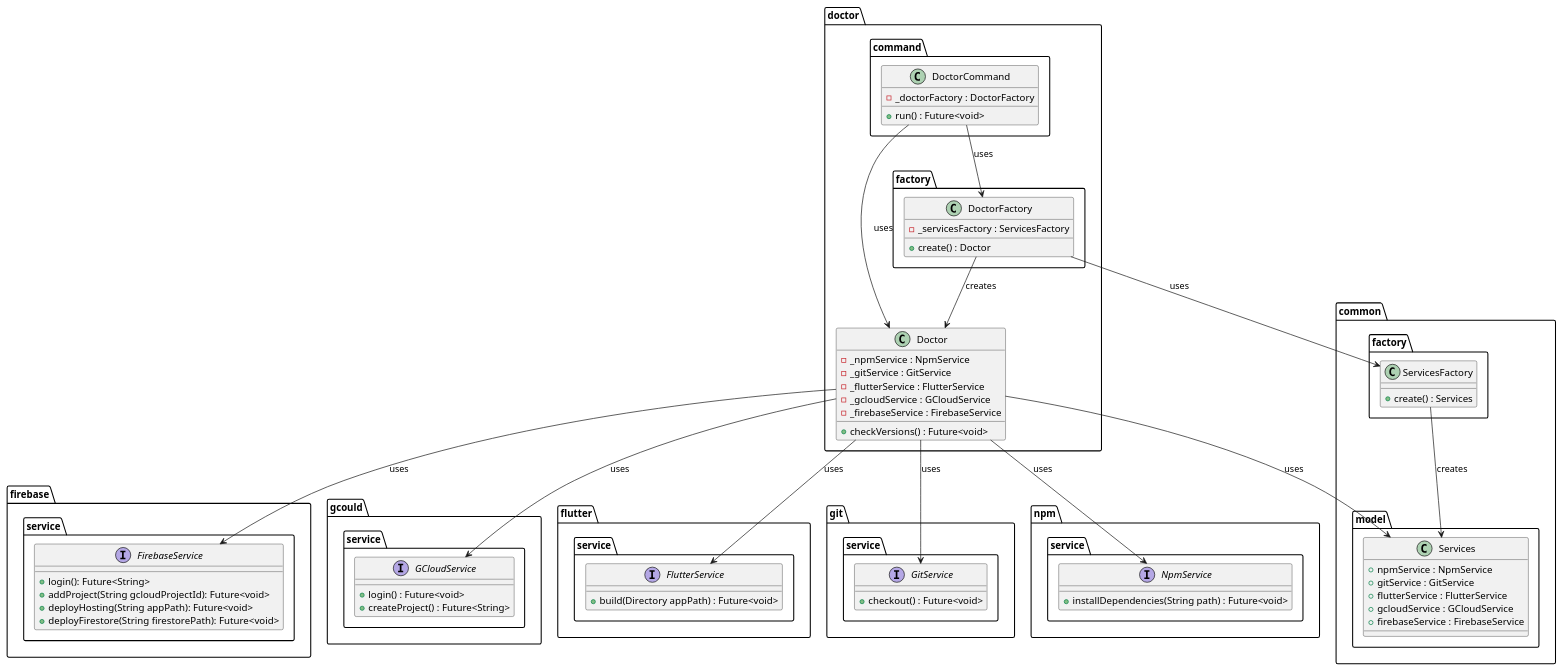
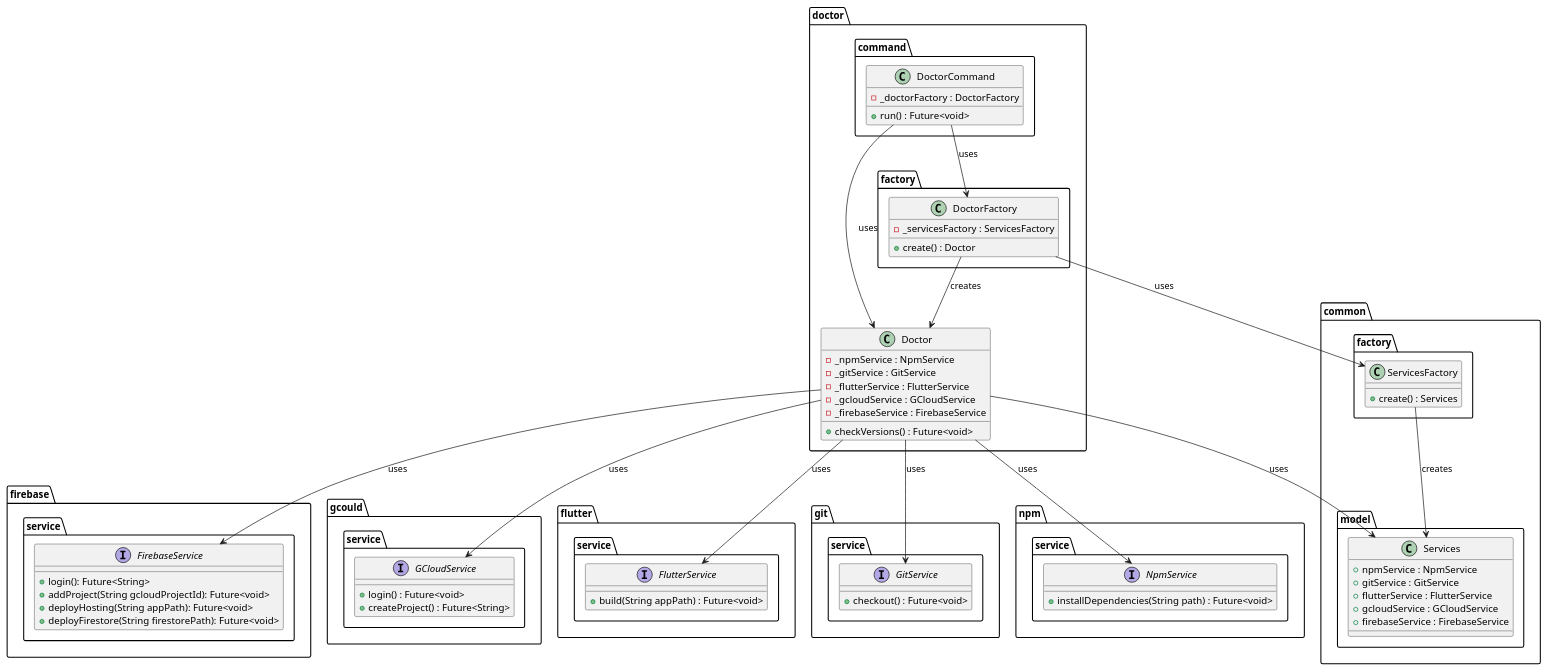
One commit to Flank/flank-dashboard changed the diagram in metrics/cli/docs/diagrams/doctor_command_class_diagram.puml. Above: the diagram before and after it, drawn with PlantUML. The commit also changed 7 other files, not shown here.

```diff
--- a/metrics/cli/docs/diagrams/doctor_command_class_diagram.puml
+++ b/metrics/cli/docs/diagrams/doctor_command_class_diagram.puml
@@ -1,96 +1,96 @@
 @startuml doctor_command_class_diagram
 
 package firebase.service {
     interface FirebaseService {
         + login(): Future<String>
         + addProject(String gcloudProjectId): Future<void>
         + deployHosting(String appPath): Future<void>
         + deployFirestore(String firestorePath): Future<void>
     }
 }
 
 package gcould.service {
     interface GCloudService {
         + login() : Future<void>
         + createProject() : Future<String>
     }
 }
 
 package flutter.service {
     interface FlutterService  {
-        + build(Directory appPath) : Future<void>
+        + build(String appPath) : Future<void>
     }
 }
 
 package git.service{
     interface GitService  {
         + checkout() : Future<void>
     }
 }
 
 package npm.service {
     interface NpmService  {
         + installDependencies(String path) : Future<void>
     }
 }
 
 package common {
     package model {
         class Services {
             + npmService : NpmService
             + gitService : GitService
             + flutterService : FlutterService
             + gcloudService : GCloudService
             + firebaseService : FirebaseService
         }
     }
 
     package factory as common.factory{
         class ServicesFactory {
             + create() : Services
         }
     }
 }
 
 package doctor {
     package command {
         class DoctorCommand {
             - _doctorFactory : DoctorFactory
             + run() : Future<void>
         }
     }
 
     package factory {
         class DoctorFactory {
             - _servicesFactory : ServicesFactory
             + create() : Doctor
         }
     }
 
     class Doctor {
         - _npmService : NpmService
         - _gitService : GitService
         - _flutterService : FlutterService
         - _gcloudService : GCloudService
         - _firebaseService : FirebaseService
         + checkVersions() : Future<void>
     }
 }
 
 DoctorCommand -down-> Doctor : uses
 DoctorCommand --> DoctorFactory : uses
 
 DoctorFactory --> Doctor : creates
 DoctorFactory --> ServicesFactory : uses
 
 ServicesFactory --> Services : creates
 
 Doctor -down-> NpmService : uses
 Doctor -down-> GitService : uses
 Doctor -down-> FlutterService : uses
 Doctor -down-> GCloudService : uses
 Doctor -down-> FirebaseService : uses
 Doctor -> Services : uses
 
 
 @enduml
```
